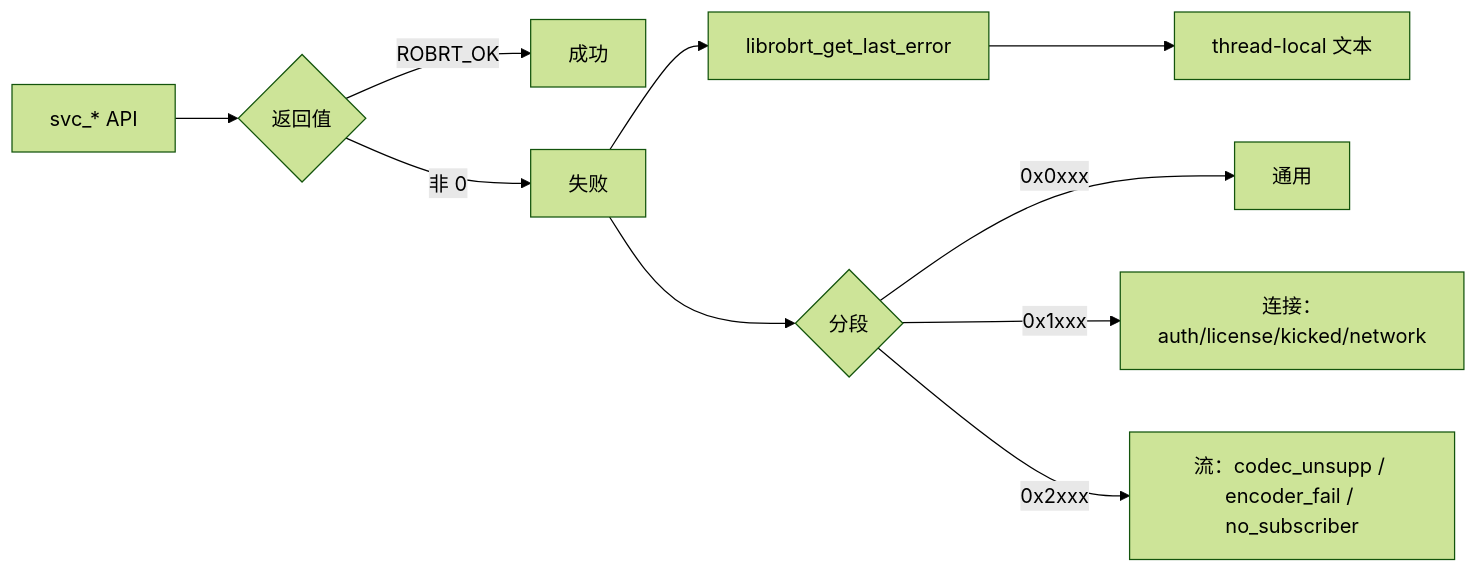
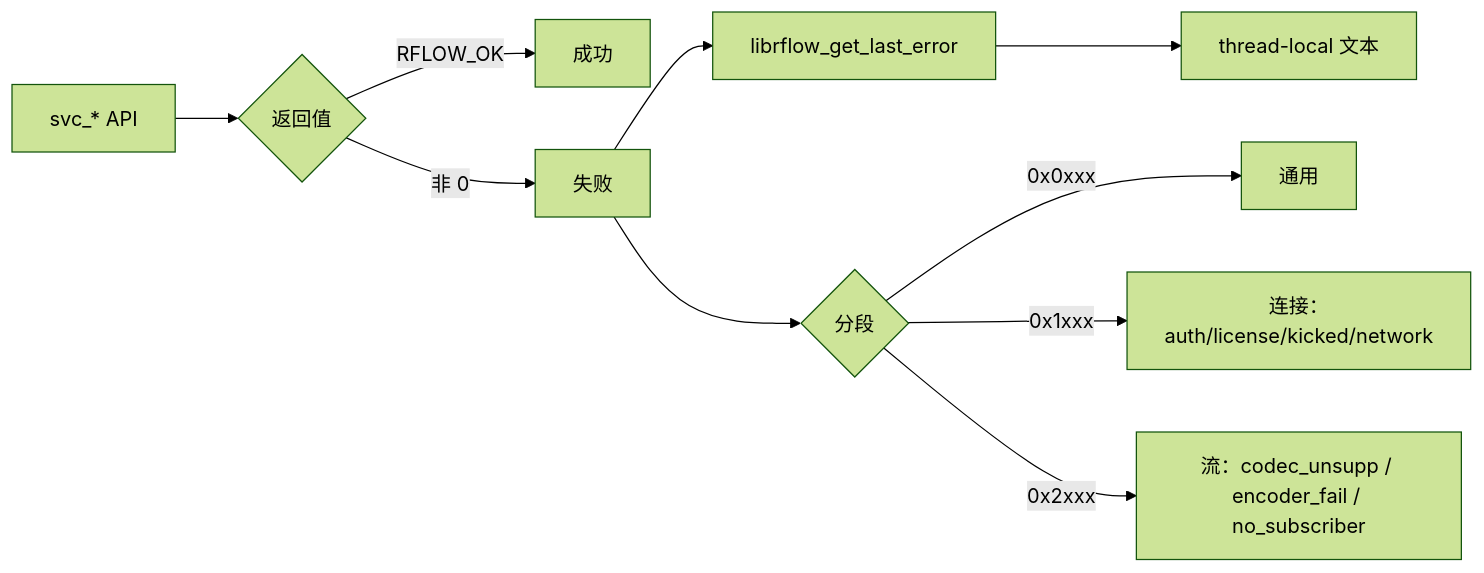
Before and after one commit to honeyyaya/libRoboFlow: diagram 11 of 11 in docs/service_api_design.md, drawn with Mermaid (forest theme). The commit also changed other lines of this file and 113 other files, not shown here.

````diff
--- a/docs/service_api_design.md
+++ b/docs/service_api_design.md
@@ -329,12 +329,12 @@
 ```mermaid
 flowchart LR
     A[svc_* API] --> B{返回值}
-    B -->|ROBRT_OK| S[成功]
+    B -->|RFLOW_OK| S[成功]
     B -->|非 0| E[失败]
-    E --> F[librobrt_get_last_error]
+    E --> F[librflow_get_last_error]
     F --> G[thread-local 文本]
     E --> H{分段}
     H -->|0x0xxx| H1[通用]
     H -->|0x1xxx| H2[连接：auth/license/kicked/network]
     H -->|0x2xxx| H3[流：codec_unsupp / encoder_fail / no_subscriber]
 ```
````
